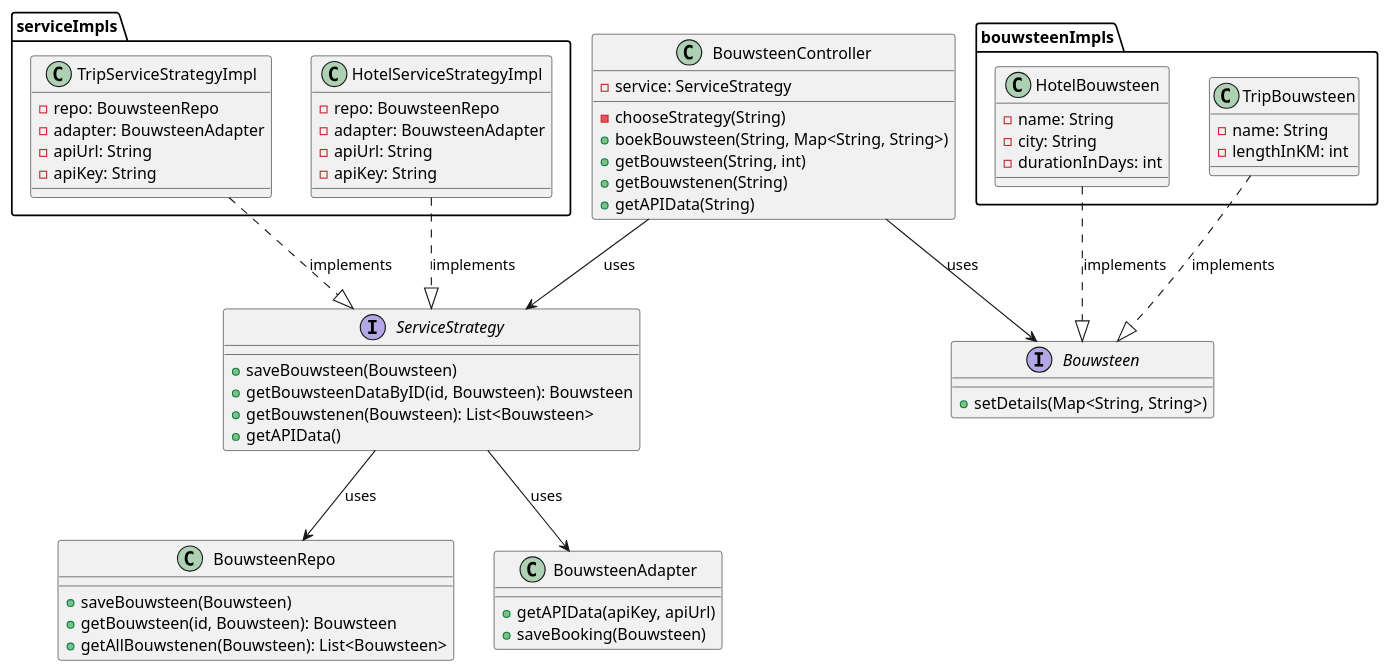
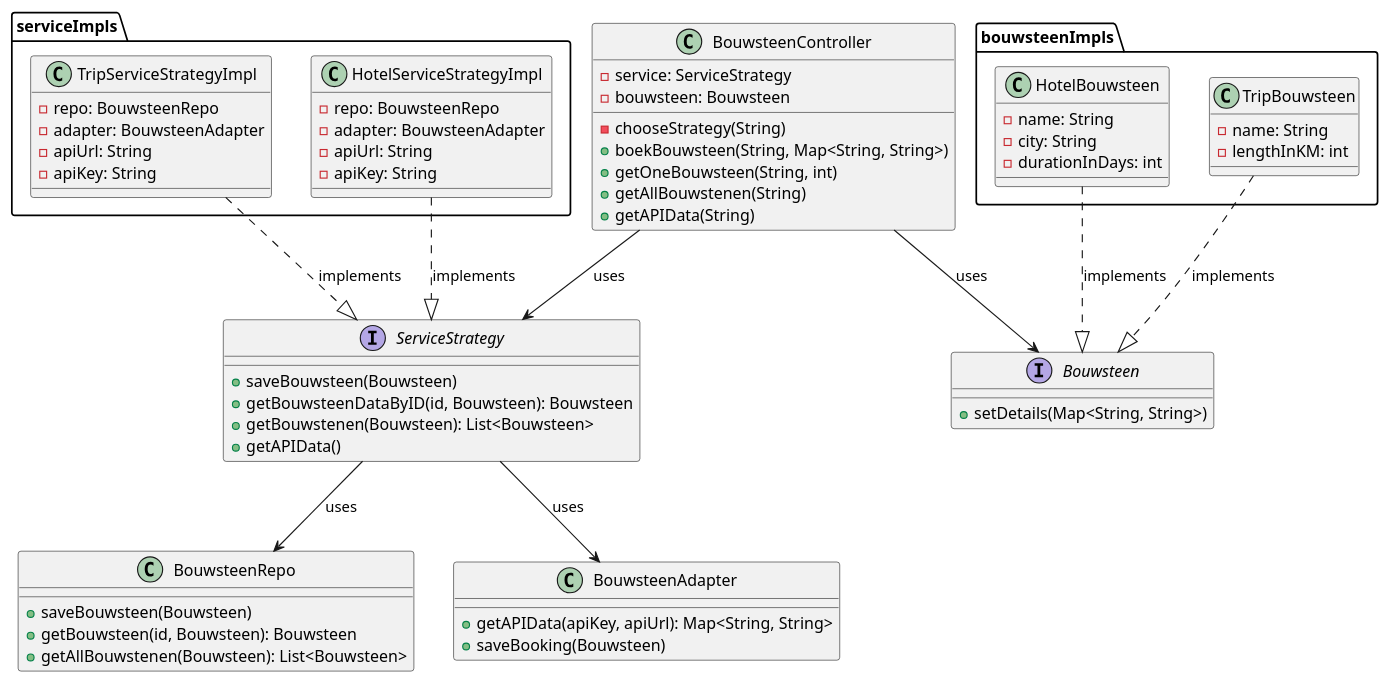
Before and after one commit to AIM-ENE-feb25/triptop-dravende-dikdiks: the diagram in software-guidebook/Bijlagen/Klassediagrammen/puml/Mike - Class diagram.puml, drawn with PlantUML. The commit also changed 7 other files, not shown here.

```diff
--- a/software-guidebook/Bijlagen/Klassediagrammen/puml/Mike - Class diagram.puml
+++ b/software-guidebook/Bijlagen/Klassediagrammen/puml/Mike - Class diagram.puml
@@ -1,81 +1,83 @@
 @startuml
 
 class BouwsteenController{
     - service: ServiceStrategy
+    - bouwsteen: Bouwsteen
+
     - chooseStrategy(String)
     + boekBouwsteen(String, Map<String, String>)
-    + getBouwsteen(String, int)
-    + getBouwstenen(String)
+    + getOneBouwsteen(String, int)
+    + getAllBouwstenen(String)
     + getAPIData(String)
 }
 
 interface ServiceStrategy{
     + saveBouwsteen(Bouwsteen)
     + getBouwsteenDataByID(id, Bouwsteen): Bouwsteen
     + getBouwstenen(Bouwsteen): List<Bouwsteen>
     + getAPIData()
 }
 
 package serviceImpls{
     class HotelServiceStrategyImpl{
         - repo: BouwsteenRepo
         - adapter: BouwsteenAdapter
         - apiUrl: String
         - apiKey: String
     }
     class TripServiceStrategyImpl{
         - repo: BouwsteenRepo
         - adapter: BouwsteenAdapter
         - apiUrl: String
         - apiKey: String
     }
 }
 
 interface Bouwsteen{
     + setDetails(Map<String, String>)
 }
 
 package bouwsteenImpls{
     class HotelBouwsteen{
         - name: String
         - city: String
         - durationInDays: int
     }
     class TripBouwsteen{
         - name: String
         - lengthInKM: int
     }
 }
 
 class BouwsteenRepo{
     + saveBouwsteen(Bouwsteen)
     + getBouwsteen(id, Bouwsteen): Bouwsteen
     + getAllBouwstenen(Bouwsteen): List<Bouwsteen>
 }
 class BouwsteenAdapter{
-    + getAPIData(apiKey, apiUrl)
+    + getAPIData(apiKey, apiUrl): Map<String, String>
     + saveBooking(Bouwsteen)
 }
 
 
 BouwsteenController --> ServiceStrategy : uses
 
 HotelServiceStrategyImpl ..|> ServiceStrategy : implements
 TripServiceStrategyImpl ..|> ServiceStrategy : implements
 HotelBouwsteen ..|> Bouwsteen : implements
 TripBouwsteen ..|> Bouwsteen : implements
 
 ServiceStrategy --> BouwsteenRepo : uses
 ServiceStrategy --> BouwsteenAdapter : uses
 
 BouwsteenController --> Bouwsteen : uses
 
 'todo: dependencies geen streepje, even beschrijven in SGB
 
 
 
 
 
 
 
 @enduml
```
